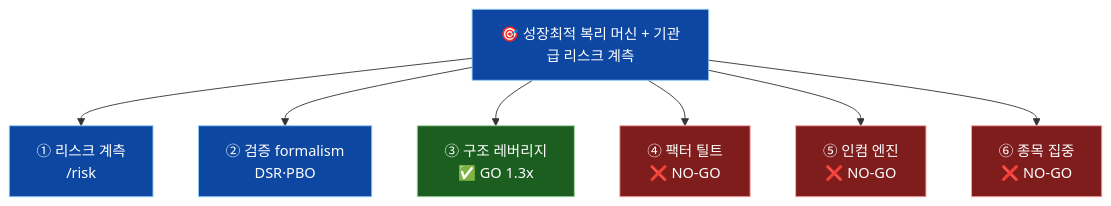
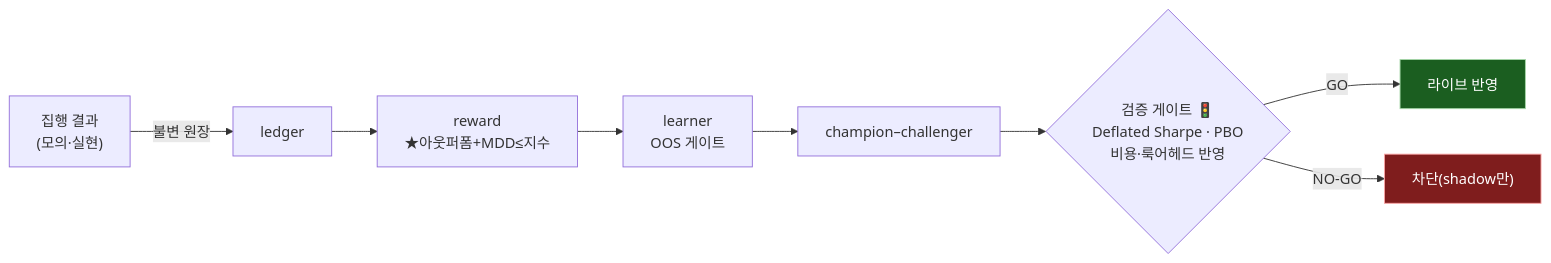
The second of 2 diagrams in README.md (yoobinkim541/stock-report), drawn with Mermaid before and after one commit. The commit also changed other lines of this file and 1 other file, not shown here.

````diff
--- a/README.md
+++ b/README.md
@@ -138,14 +112,14 @@
 ```mermaid
-flowchart TB
-    NS["🎯 성장최적 복리 머신 + 기관급 리스크 계측"]:::infra
-    NS --> T1 & T2 & T3 & T4 & T5 & T6
-    T1["① 리스크 계측<br/>/risk"]:::infra
-    T2["② 검증 formalism<br/>DSR·PBO"]:::infra
-    T3["③ 구조 레버리지<br/>✅ GO 1.3x"]:::go
-    T4["④ 팩터 틸트<br/>❌ NO-GO"]:::nogo
-    T5["⑤ 인컴 엔진<br/>❌ NO-GO"]:::nogo
-    T6["⑥ 종목 집중<br/>❌ NO-GO"]:::nogo
-    classDef infra fill:#0d47a1,stroke:#90caf9,color:#fff
+flowchart LR
+    EXEC["집행 결과<br/>(모의·실현)"] -->|불변 원장| LEDGER["ledger"]
+    LEDGER --> REWARD["reward<br/>★아웃퍼폼+MDD≤지수"]
+    REWARD --> LEARN["learner<br/>OOS 게이트"]
+    LEARN --> CC["champion–challenger"]
+    CC --> GATE{"검증 게이트 🚦<br/>Deflated Sharpe · PBO<br/>비용·룩어헤드 반영"}
+    GATE -->|GO| LIVE["라이브 반영"]
+    GATE -->|NO-GO| BLOCK["차단(shadow만)"]
     classDef go fill:#1b5e20,stroke:#a5d6a7,color:#fff
-    classDef nogo fill:#7f1d1d,stroke:#fca5a5,color:#fff
+    classDef block fill:#7f1d1d,stroke:#fca5a5,color:#fff
+    class LIVE go
+    class BLOCK block
 ```
````
